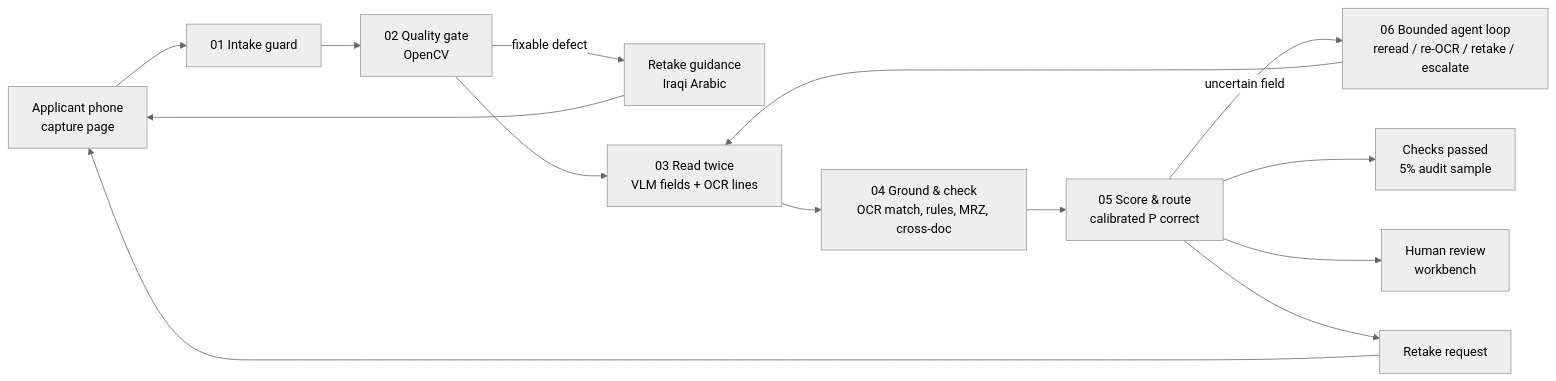
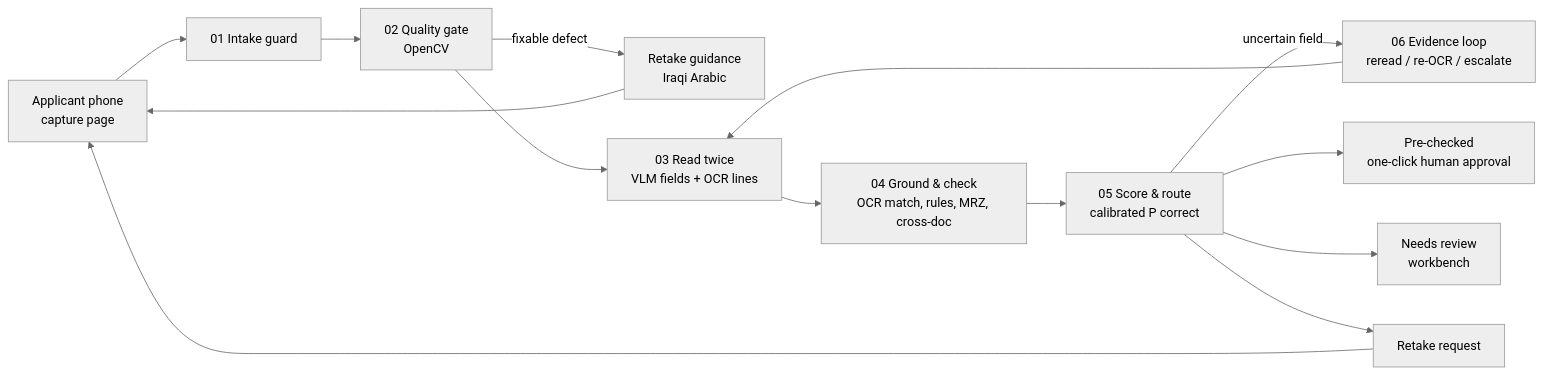
Before and after one commit to V0ightt/qareena: the diagram in docs/DESIGN.md, drawn with Mermaid (neutral theme). The commit also changed other lines of this file and 6 other files, not shown here.

````diff
--- a/docs/DESIGN.md
+++ b/docs/DESIGN.md
@@ -39,14 +55,14 @@
 ```mermaid
 flowchart LR
   P[Applicant phone<br/>capture page] --> I[01 Intake guard]
   I --> Q[02 Quality gate<br/>OpenCV]
   Q -- fixable defect --> R1[Retake guidance<br/>Iraqi Arabic] --> P
   Q --> RD[03 Read twice<br/>VLM fields + OCR lines]
   RD --> G[04 Ground & check<br/>OCR match, rules, MRZ, cross-doc]
   G --> S[05 Score & route<br/>calibrated P correct]
-  S -- uncertain field --> L[06 Bounded agent loop<br/>reread / re-OCR / retake / escalate]
+  S -- uncertain field --> L[06 Evidence loop<br/>reread / re-OCR / escalate]
   L --> RD
-  S --> PASS[Checks passed<br/>5% audit sample]
-  S --> REV[Human review<br/>workbench]
+  S --> PASS[Pre-checked<br/>one-click human approval]
+  S --> REV[Needs review<br/>workbench]
   S --> RT[Retake request] --> P
 ```
````
